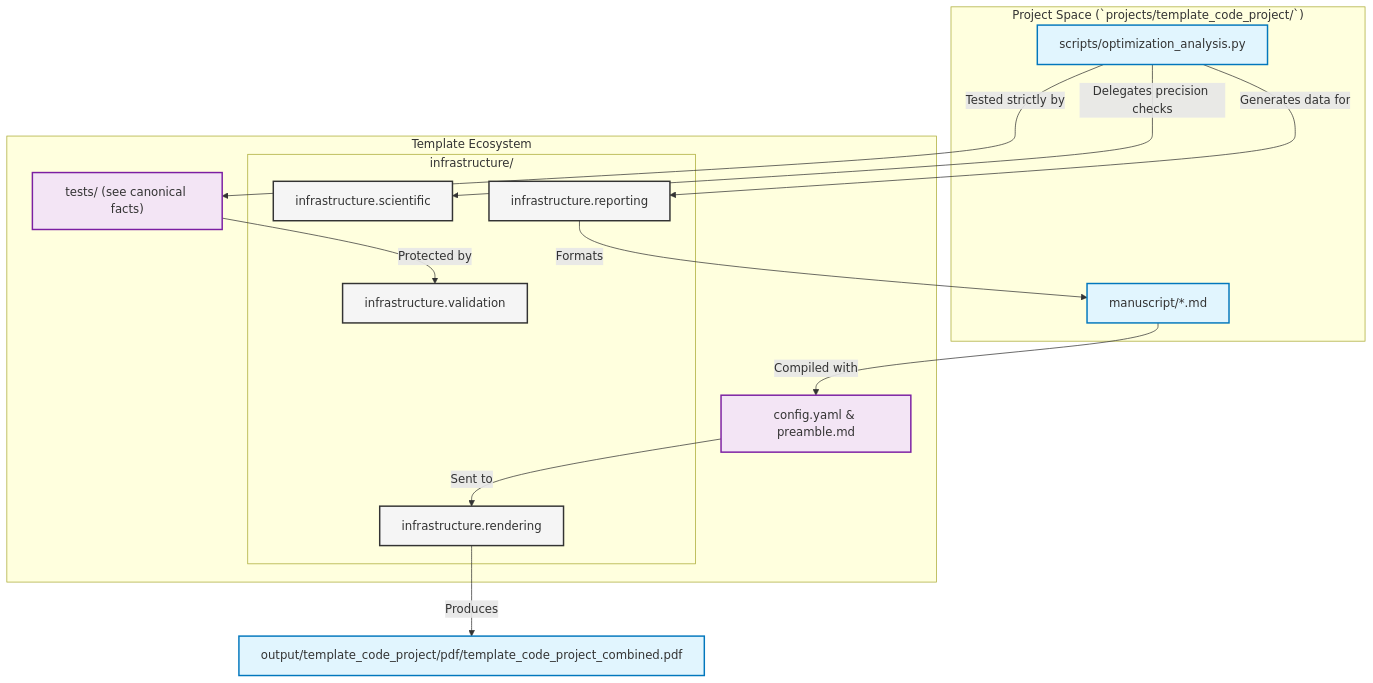
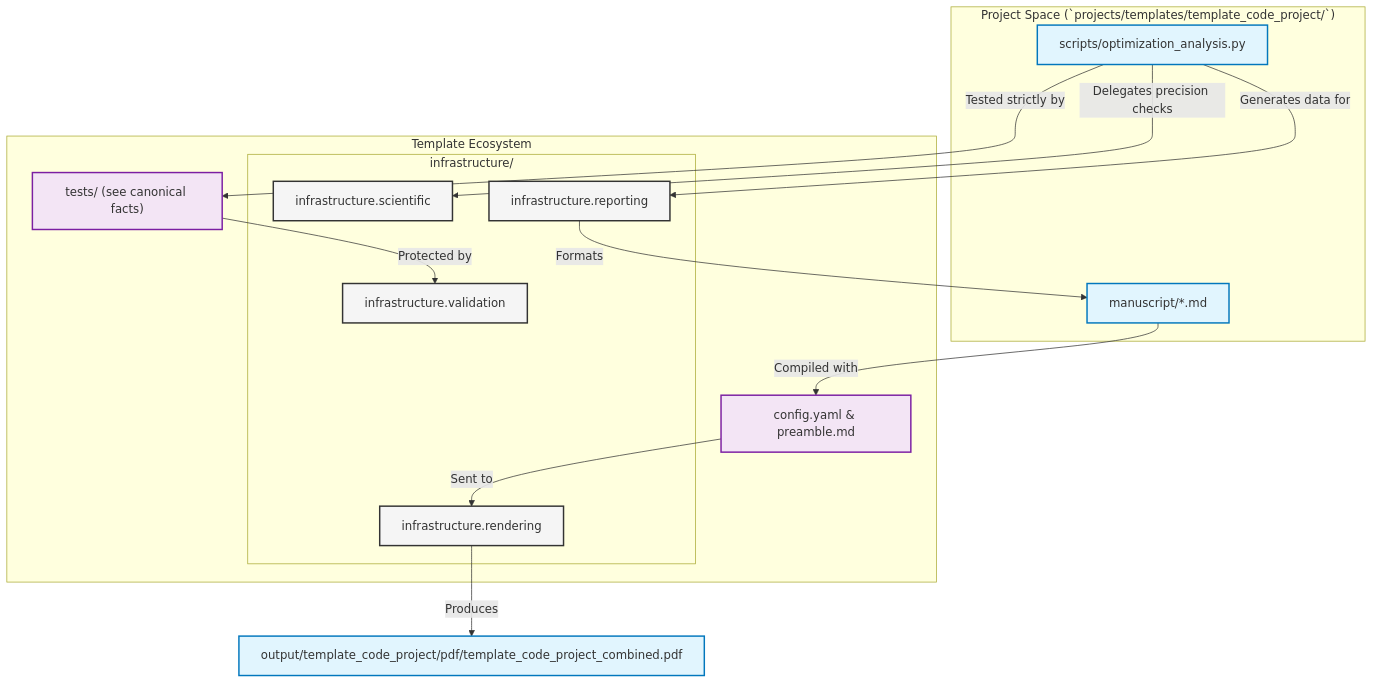
The diagram in projects/templates/template_code_project/manuscript/README.md (docxology/template), drawn with Mermaid before and after one commit. The commit also changed other lines of this file and 481 other files, not shown here.

````diff
--- a/projects/templates/template_code_project/manuscript/README.md
+++ b/projects/templates/template_code_project/manuscript/README.md
@@ -29,32 +29,32 @@
 ```mermaid
 graph TD
     classDef infra fill:#f5f5f5,stroke:#333,stroke-width:2px;
     classDef project fill:#e1f5fe,stroke:#0277bd,stroke-width:2px;
     classDef docs fill:#f3e5f5,stroke:#7b1fa2,stroke-width:2px;
 
-    subgraph "Project Space (`projects/template_code_project/`)"
+    subgraph "Project Space (`projects/templates/template_code_project/`)"
         Script["scripts/optimization_analysis.py"]:::project
         Manuscript["manuscript/*.md"]:::project
     end
 
     subgraph "Template Ecosystem"
         Tests["tests/ (see canonical facts)"]:::docs
         Config["config.yaml & preamble.md"]:::docs
         
         subgraph "`infrastructure/`"
             Validation["infrastructure.validation"]:::infra
             Scientific["infrastructure.scientific"]:::infra
             Reporting["infrastructure.reporting"]:::infra
             Rendering["infrastructure.rendering"]:::infra
         end
     end
 
     Script -->|Delegates precision checks| Scientific
     Script -->|Tested strictly by| Tests
     Tests -->|Protected by| Validation
     Script -->|Generates data for| Reporting
     Reporting -->|Formats| Manuscript
     Manuscript -->|Compiled with| Config
     Config -->|Sent to| Rendering
     Rendering -->|Produces| PDF["output/template_code_project/pdf/template_code_project_combined.pdf"]:::project
 ```
````
